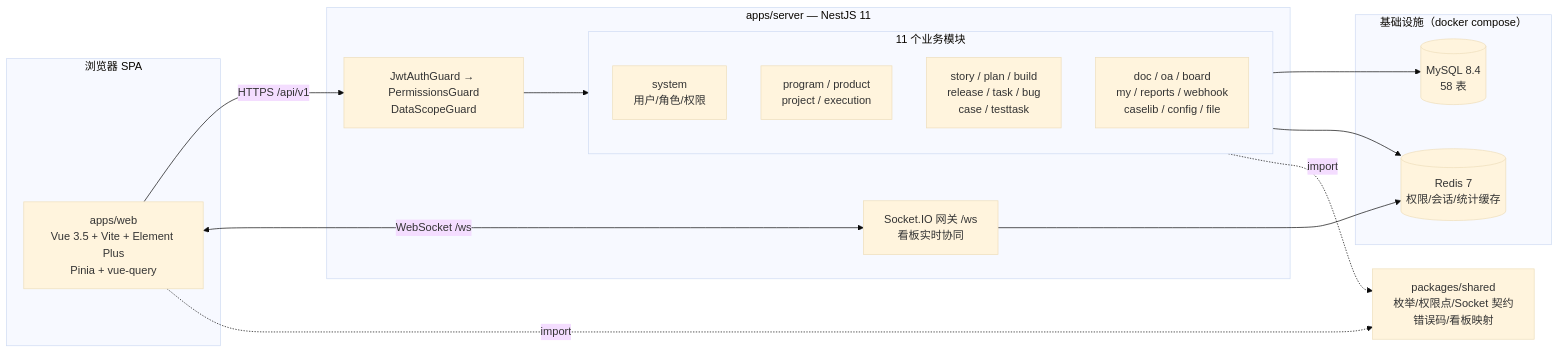
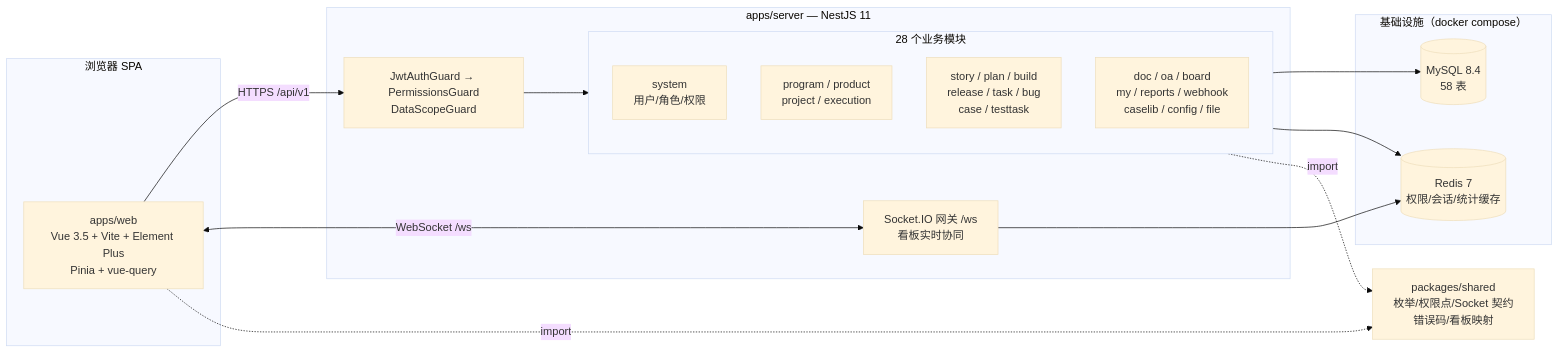
The first of 4 diagrams in README.md (yhemeo613/zentao-nest), drawn with Mermaid (base theme) before and after one commit. The commit also changed other lines of this file, not shown here.

Commit message:
docs(readme): 界面预览上线——嵌入 10 张系统截图，修正模块数/技术栈/验证命令

````diff
--- a/README.md
+++ b/README.md
@@ -75,30 +76,30 @@
 ```mermaid
 flowchart LR
     subgraph Client["浏览器 SPA"]
         WEB["apps/web<br/>Vue 3.5 + Vite + Element Plus<br/>Pinia + vue-query"]
     end
     subgraph Server["apps/server — NestJS 11"]
         GW["Socket.IO 网关 /ws<br/>看板实时协同"]
-        subgraph Modules["11 个业务模块"]
+        subgraph Modules["28 个业务模块"]
             SYS["system<br/>用户/角色/权限"]
             P4L["program / product<br/>project / execution"]
             CORE["story / plan / build<br/>release / task / bug<br/>case / testtask"]
             AUX["doc / oa / board<br/>my / reports / webhook<br/>caselib / config / file"]
         end
         Guards["JwtAuthGuard → PermissionsGuard<br/>DataScopeGuard"]
     end
     subgraph Infra["基础设施（docker compose）"]
         MYSQL[("MySQL 8.4<br/>58 表")]
         REDIS[("Redis 7<br/>权限/会话/统计缓存")]
     end
     SHARED["packages/shared<br/>枚举/权限点/Socket 契约<br/>错误码/看板映射"]
 
     WEB -->|HTTPS /api/v1| Guards
     WEB <-->|WebSocket /ws| GW
     Guards --> Modules
     Modules --> MYSQL
     Modules --> REDIS
     GW --> REDIS
     Modules -.->|import| SHARED
     WEB -.->|import| SHARED
 ```
````
